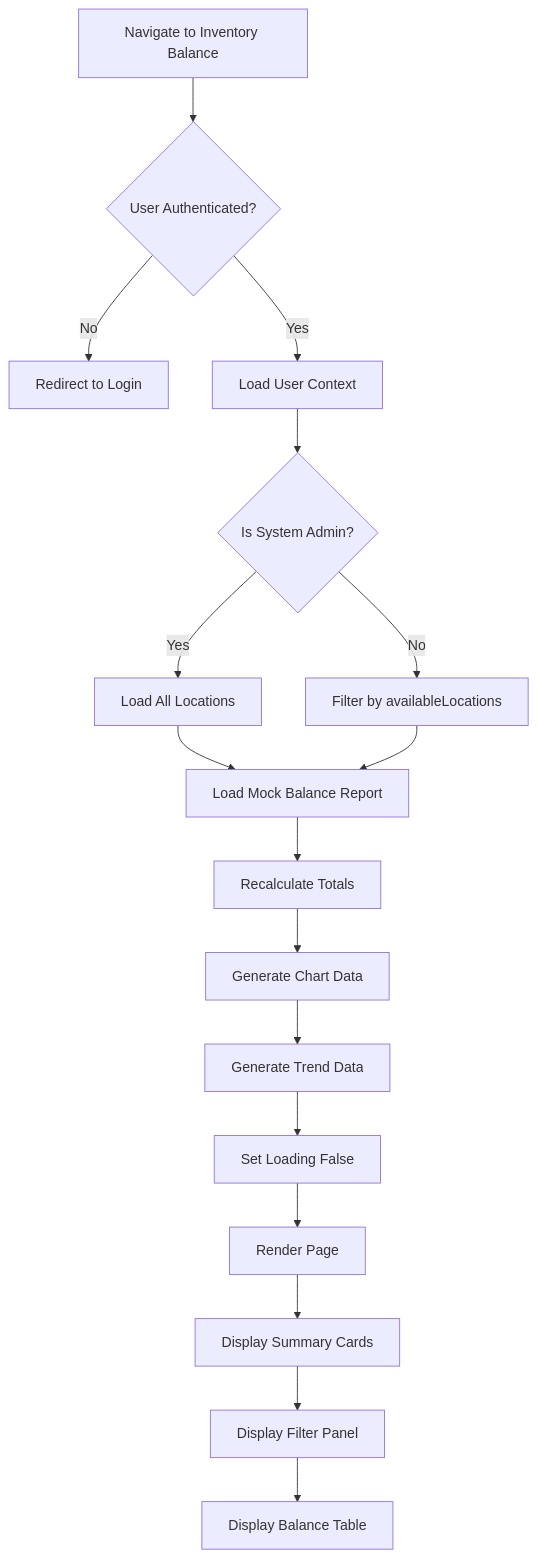
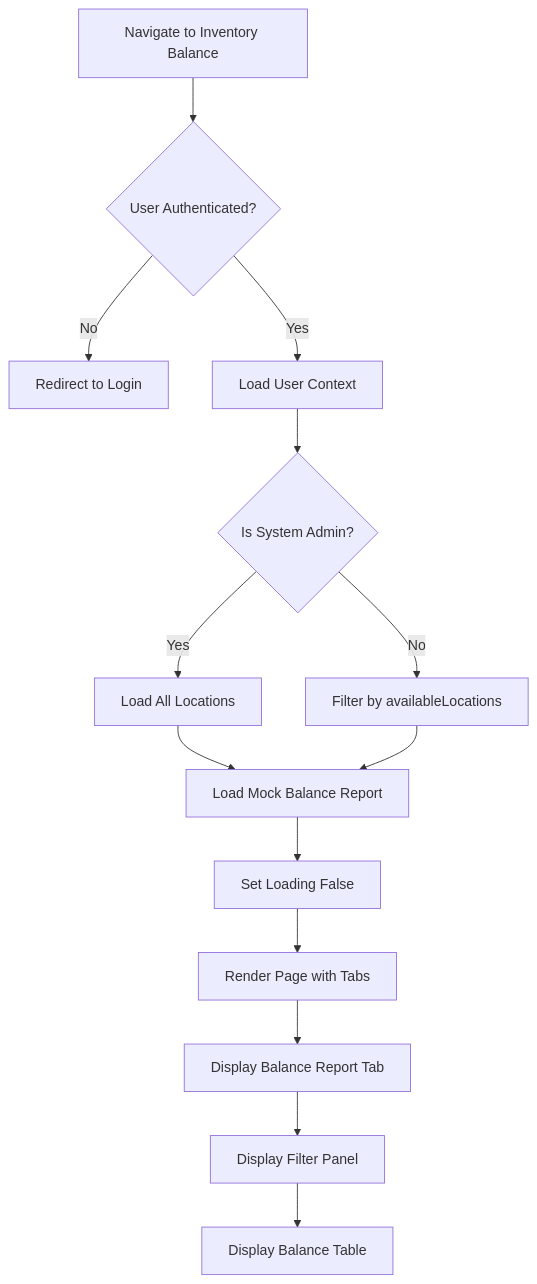
Before and after one commit to PeakMNA/carmen: the first of 16 diagrams in docs/app/inventory-management/stock-overview/inventory-balance/FD-inventory-balance.md, drawn with Mermaid. The commit also changed other lines of this file and 473 other files, not shown here.

````diff
--- a/docs/app/inventory-management/stock-overview/inventory-balance/FD-inventory-balance.md
+++ b/docs/app/inventory-management/stock-overview/inventory-balance/FD-inventory-balance.md
@@ -15,19 +22,16 @@
 ```mermaid
 flowchart TD
     A[Navigate to Inventory Balance] --> B{User Authenticated?}
     B -->|No| C[Redirect to Login]
     B -->|Yes| D[Load User Context]
     D --> E{Is System Admin?}
     E -->|Yes| F[Load All Locations]
     E -->|No| G[Filter by availableLocations]
     F --> H[Load Mock Balance Report]
     G --> H
-    H --> I[Recalculate Totals]
-    I --> J[Generate Chart Data]
-    J --> K[Generate Trend Data]
-    K --> L[Set Loading False]
-    L --> M[Render Page]
-    M --> N[Display Summary Cards]
-    N --> O[Display Filter Panel]
-    O --> P[Display Balance Table]
+    H --> I[Set Loading False]
+    I --> J[Render Page with Tabs]
+    J --> K[Display Balance Report Tab]
+    K --> L[Display Filter Panel]
+    L --> M[Display Balance Table]
 ```
````
